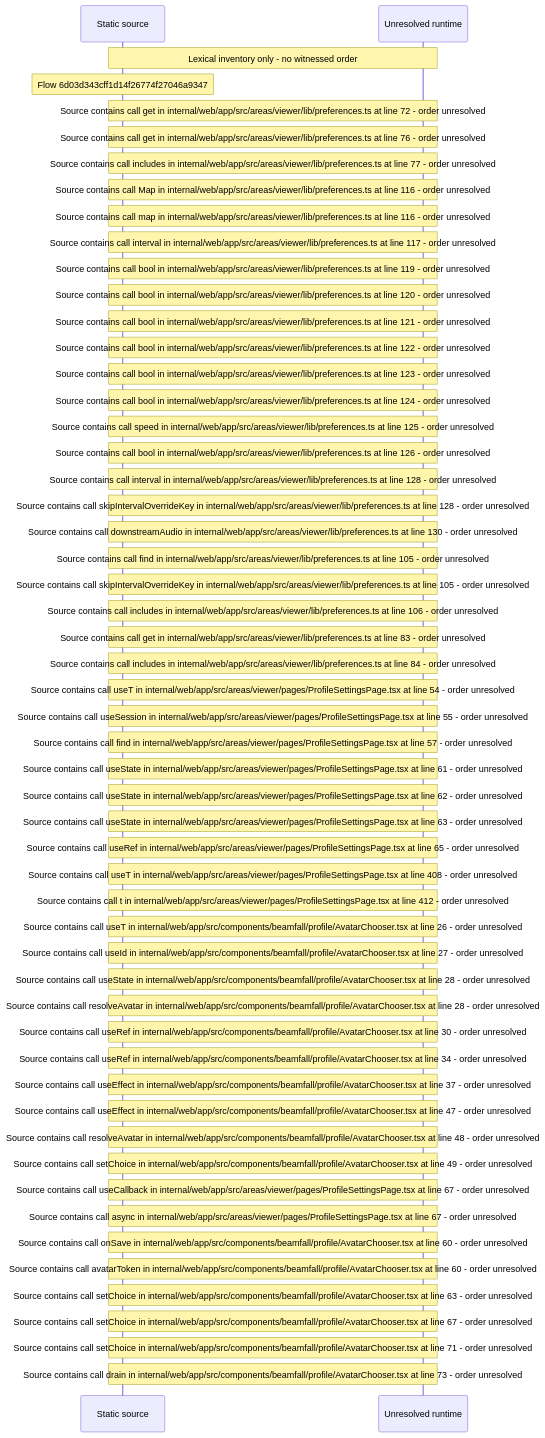
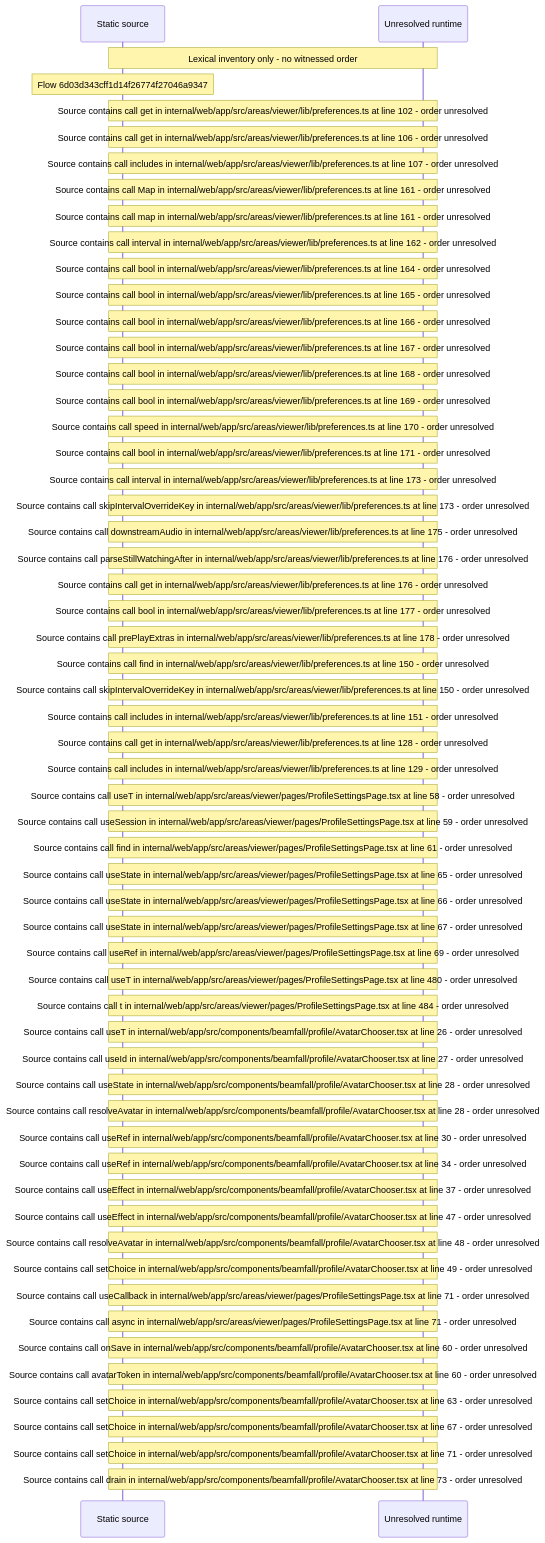
One commit to beamfall/core changed the diagram in docs/web/flows/generated/6d03d343cff1d14f26774f27046a9347/flow-diagram.md. Above: the diagram before and after it, drawn with Mermaid. The commit also changed other lines of this file and 714 other files, not shown here.

Commit message:
Regenerate the web flow record on the batch 5 head (CORE-1762)

````diff
--- a/docs/web/flows/generated/6d03d343cff1d14f26774f27046a9347/flow-diagram.md
+++ b/docs/web/flows/generated/6d03d343cff1d14f26774f27046a9347/flow-diagram.md
@@ -10,56 +10,60 @@
 ```mermaid
 sequenceDiagram
     participant S as Static source
     participant U as Unresolved runtime
     Note over S,U: Lexical inventory only - no witnessed order
     Note over S: Flow 6d03d343cff1d14f26774f27046a9347
-    Note over S,U: Source contains call get in internal/web/app/src/areas/viewer/lib/preferences.ts at line 72 - order unresolved
-    Note over S,U: Source contains call get in internal/web/app/src/areas/viewer/lib/preferences.ts at line 76 - order unresolved
-    Note over S,U: Source contains call includes in internal/web/app/src/areas/viewer/lib/preferences.ts at line 77 - order unresolved
-    Note over S,U: Source contains call Map in internal/web/app/src/areas/viewer/lib/preferences.ts at line 116 - order unresolved
-    Note over S,U: Source contains call map in internal/web/app/src/areas/viewer/lib/preferences.ts at line 116 - order unresolved
-    Note over S,U: Source contains call interval in internal/web/app/src/areas/viewer/lib/preferences.ts at line 117 - order unresolved
-    Note over S,U: Source contains call bool in internal/web/app/src/areas/viewer/lib/preferences.ts at line 119 - order unresolved
-    Note over S,U: Source contains call bool in internal/web/app/src/areas/viewer/lib/preferences.ts at line 120 - order unresolved
-    Note over S,U: Source contains call bool in internal/web/app/src/areas/viewer/lib/preferences.ts at line 121 - order unresolved
-    Note over S,U: Source contains call bool in internal/web/app/src/areas/viewer/lib/preferences.ts at line 122 - order unresolved
-    Note over S,U: Source contains call bool in internal/web/app/src/areas/viewer/lib/preferences.ts at line 123 - order unresolved
-    Note over S,U: Source contains call bool in internal/web/app/src/areas/viewer/lib/preferences.ts at line 124 - order unresolved
-    Note over S,U: Source contains call speed in internal/web/app/src/areas/viewer/lib/preferences.ts at line 125 - order unresolved
-    Note over S,U: Source contains call bool in internal/web/app/src/areas/viewer/lib/preferences.ts at line 126 - order unresolved
-    Note over S,U: Source contains call interval in internal/web/app/src/areas/viewer/lib/preferences.ts at line 128 - order unresolved
-    Note over S,U: Source contains call skipIntervalOverrideKey in internal/web/app/src/areas/viewer/lib/preferences.ts at line 128 - order unresolved
-    Note over S,U: Source contains call downstreamAudio in internal/web/app/src/areas/viewer/lib/preferences.ts at line 130 - order unresolved
-    Note over S,U: Source contains call find in internal/web/app/src/areas/viewer/lib/preferences.ts at line 105 - order unresolved
-    Note over S,U: Source contains call skipIntervalOverrideKey in internal/web/app/src/areas/viewer/lib/preferences.ts at line 105 - order unresolved
-    Note over S,U: Source contains call includes in internal/web/app/src/areas/viewer/lib/preferences.ts at line 106 - order unresolved
-    Note over S,U: Source contains call get in internal/web/app/src/areas/viewer/lib/preferences.ts at line 83 - order unresolved
-    Note over S,U: Source contains call includes in internal/web/app/src/areas/viewer/lib/preferences.ts at line 84 - order unresolved
-    Note over S,U: Source contains call useT in internal/web/app/src/areas/viewer/pages/ProfileSettingsPage.tsx at line 54 - order unresolved
-    Note over S,U: Source contains call useSession in internal/web/app/src/areas/viewer/pages/ProfileSettingsPage.tsx at line 55 - order unresolved
-    Note over S,U: Source contains call find in internal/web/app/src/areas/viewer/pages/ProfileSettingsPage.tsx at line 57 - order unresolved
-    Note over S,U: Source contains call useState in internal/web/app/src/areas/viewer/pages/ProfileSettingsPage.tsx at line 61 - order unresolved
-    Note over S,U: Source contains call useState in internal/web/app/src/areas/viewer/pages/ProfileSettingsPage.tsx at line 62 - order unresolved
-    Note over S,U: Source contains call useState in internal/web/app/src/areas/viewer/pages/ProfileSettingsPage.tsx at line 63 - order unresolved
-    Note over S,U: Source contains call useRef in internal/web/app/src/areas/viewer/pages/ProfileSettingsPage.tsx at line 65 - order unresolved
-    Note over S,U: Source contains call useT in internal/web/app/src/areas/viewer/pages/ProfileSettingsPage.tsx at line 408 - order unresolved
-    Note over S,U: Source contains call t in internal/web/app/src/areas/viewer/pages/ProfileSettingsPage.tsx at line 412 - order unresolved
+    Note over S,U: Source contains call get in internal/web/app/src/areas/viewer/lib/preferences.ts at line 102 - order unresolved
+    Note over S,U: Source contains call get in internal/web/app/src/areas/viewer/lib/preferences.ts at line 106 - order unresolved
+    Note over S,U: Source contains call includes in internal/web/app/src/areas/viewer/lib/preferences.ts at line 107 - order unresolved
+    Note over S,U: Source contains call Map in internal/web/app/src/areas/viewer/lib/preferences.ts at line 161 - order unresolved
+    Note over S,U: Source contains call map in internal/web/app/src/areas/viewer/lib/preferences.ts at line 161 - order unresolved
+    Note over S,U: Source contains call interval in internal/web/app/src/areas/viewer/lib/preferences.ts at line 162 - order unresolved
+    Note over S,U: Source contains call bool in internal/web/app/src/areas/viewer/lib/preferences.ts at line 164 - order unresolved
+    Note over S,U: Source contains call bool in internal/web/app/src/areas/viewer/lib/preferences.ts at line 165 - order unresolved
+    Note over S,U: Source contains call bool in internal/web/app/src/areas/viewer/lib/preferences.ts at line 166 - order unresolved
+    Note over S,U: Source contains call bool in internal/web/app/src/areas/viewer/lib/preferences.ts at line 167 - order unresolved
+    Note over S,U: Source contains call bool in internal/web/app/src/areas/viewer/lib/preferences.ts at line 168 - order unresolved
+    Note over S,U: Source contains call bool in internal/web/app/src/areas/viewer/lib/preferences.ts at line 169 - order unresolved
+    Note over S,U: Source contains call speed in internal/web/app/src/areas/viewer/lib/preferences.ts at line 170 - order unresolved
+    Note over S,U: Source contains call bool in internal/web/app/src/areas/viewer/lib/preferences.ts at line 171 - order unresolved
+    Note over S,U: Source contains call interval in internal/web/app/src/areas/viewer/lib/preferences.ts at line 173 - order unresolved
+    Note over S,U: Source contains call skipIntervalOverrideKey in internal/web/app/src/areas/viewer/lib/preferences.ts at line 173 - order unresolved
+    Note over S,U: Source contains call downstreamAudio in internal/web/app/src/areas/viewer/lib/preferences.ts at line 175 - order unresolved
+    Note over S,U: Source contains call parseStillWatchingAfter in internal/web/app/src/areas/viewer/lib/preferences.ts at line 176 - order unresolved
+    Note over S,U: Source contains call get in internal/web/app/src/areas/viewer/lib/preferences.ts at line 176 - order unresolved
+    Note over S,U: Source contains call bool in internal/web/app/src/areas/viewer/lib/preferences.ts at line 177 - order unresolved
+    Note over S,U: Source contains call prePlayExtras in internal/web/app/src/areas/viewer/lib/preferences.ts at line 178 - order unresolved
+    Note over S,U: Source contains call find in internal/web/app/src/areas/viewer/lib/preferences.ts at line 150 - order unresolved
+    Note over S,U: Source contains call skipIntervalOverrideKey in internal/web/app/src/areas/viewer/lib/preferences.ts at line 150 - order unresolved
+    Note over S,U: Source contains call includes in internal/web/app/src/areas/viewer/lib/preferences.ts at line 151 - order unresolved
+    Note over S,U: Source contains call get in internal/web/app/src/areas/viewer/lib/preferences.ts at line 128 - order unresolved
+    Note over S,U: Source contains call includes in internal/web/app/src/areas/viewer/lib/preferences.ts at line 129 - order unresolved
+    Note over S,U: Source contains call useT in internal/web/app/src/areas/viewer/pages/ProfileSettingsPage.tsx at line 58 - order unresolved
+    Note over S,U: Source contains call useSession in internal/web/app/src/areas/viewer/pages/ProfileSettingsPage.tsx at line 59 - order unresolved
+    Note over S,U: Source contains call find in internal/web/app/src/areas/viewer/pages/ProfileSettingsPage.tsx at line 61 - order unresolved
+    Note over S,U: Source contains call useState in internal/web/app/src/areas/viewer/pages/ProfileSettingsPage.tsx at line 65 - order unresolved
+    Note over S,U: Source contains call useState in internal/web/app/src/areas/viewer/pages/ProfileSettingsPage.tsx at line 66 - order unresolved
+    Note over S,U: Source contains call useState in internal/web/app/src/areas/viewer/pages/ProfileSettingsPage.tsx at line 67 - order unresolved
+    Note over S,U: Source contains call useRef in internal/web/app/src/areas/viewer/pages/ProfileSettingsPage.tsx at line 69 - order unresolved
+    Note over S,U: Source contains call useT in internal/web/app/src/areas/viewer/pages/ProfileSettingsPage.tsx at line 480 - order unresolved
+    Note over S,U: Source contains call t in internal/web/app/src/areas/viewer/pages/ProfileSettingsPage.tsx at line 484 - order unresolved
     Note over S,U: Source contains call useT in internal/web/app/src/components/beamfall/profile/AvatarChooser.tsx at line 26 - order unresolved
     Note over S,U: Source contains call useId in internal/web/app/src/components/beamfall/profile/AvatarChooser.tsx at line 27 - order unresolved
     Note over S,U: Source contains call useState in internal/web/app/src/components/beamfall/profile/AvatarChooser.tsx at line 28 - order unresolved
     Note over S,U: Source contains call resolveAvatar in internal/web/app/src/components/beamfall/profile/AvatarChooser.tsx at line 28 - order unresolved
     Note over S,U: Source contains call useRef in internal/web/app/src/components/beamfall/profile/AvatarChooser.tsx at line 30 - order unresolved
     Note over S,U: Source contains call useRef in internal/web/app/src/components/beamfall/profile/AvatarChooser.tsx at line 34 - order unresolved
     Note over S,U: Source contains call useEffect in internal/web/app/src/components/beamfall/profile/AvatarChooser.tsx at line 37 - order unresolved
     Note over S,U: Source contains call useEffect in internal/web/app/src/components/beamfall/profile/AvatarChooser.tsx at line 47 - order unresolved
     Note over S,U: Source contains call resolveAvatar in internal/web/app/src/components/beamfall/profile/AvatarChooser.tsx at line 48 - order unresolved
     Note over S,U: Source contains call setChoice in internal/web/app/src/components/beamfall/profile/AvatarChooser.tsx at line 49 - order unresolved
-    Note over S,U: Source contains call useCallback in internal/web/app/src/areas/viewer/pages/ProfileSettingsPage.tsx at line 67 - order unresolved
-    Note over S,U: Source contains call async in internal/web/app/src/areas/viewer/pages/ProfileSettingsPage.tsx at line 67 - order unresolved
+    Note over S,U: Source contains call useCallback in internal/web/app/src/areas/viewer/pages/ProfileSettingsPage.tsx at line 71 - order unresolved
+    Note over S,U: Source contains call async in internal/web/app/src/areas/viewer/pages/ProfileSettingsPage.tsx at line 71 - order unresolved
     Note over S,U: Source contains call onSave in internal/web/app/src/components/beamfall/profile/AvatarChooser.tsx at line 60 - order unresolved
     Note over S,U: Source contains call avatarToken in internal/web/app/src/components/beamfall/profile/AvatarChooser.tsx at line 60 - order unresolved
     Note over S,U: Source contains call setChoice in internal/web/app/src/components/beamfall/profile/AvatarChooser.tsx at line 63 - order unresolved
     Note over S,U: Source contains call setChoice in internal/web/app/src/components/beamfall/profile/AvatarChooser.tsx at line 67 - order unresolved
     Note over S,U: Source contains call setChoice in internal/web/app/src/components/beamfall/profile/AvatarChooser.tsx at line 71 - order unresolved
     Note over S,U: Source contains call drain in internal/web/app/src/components/beamfall/profile/AvatarChooser.tsx at line 73 - order unresolved
 ```
````
